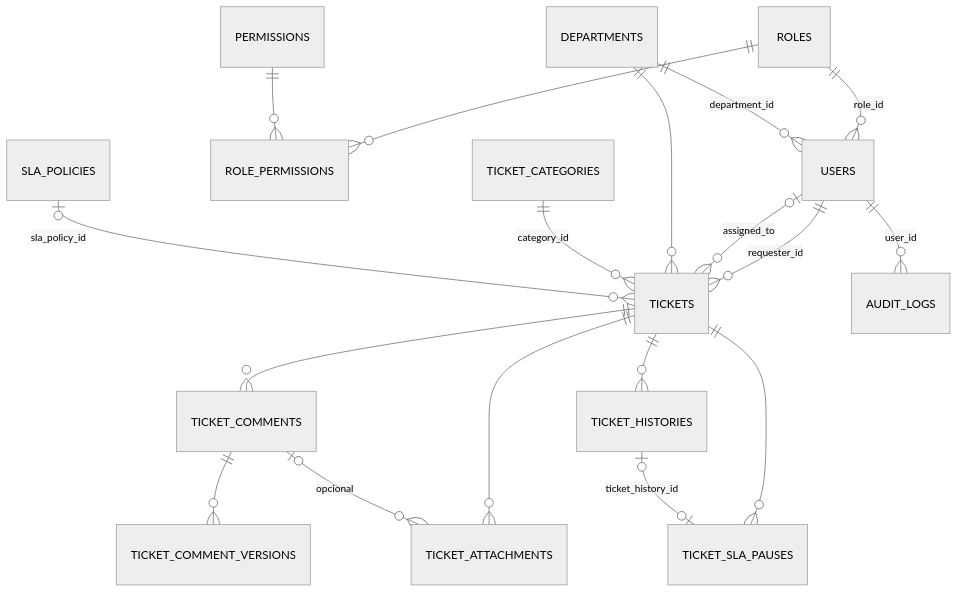
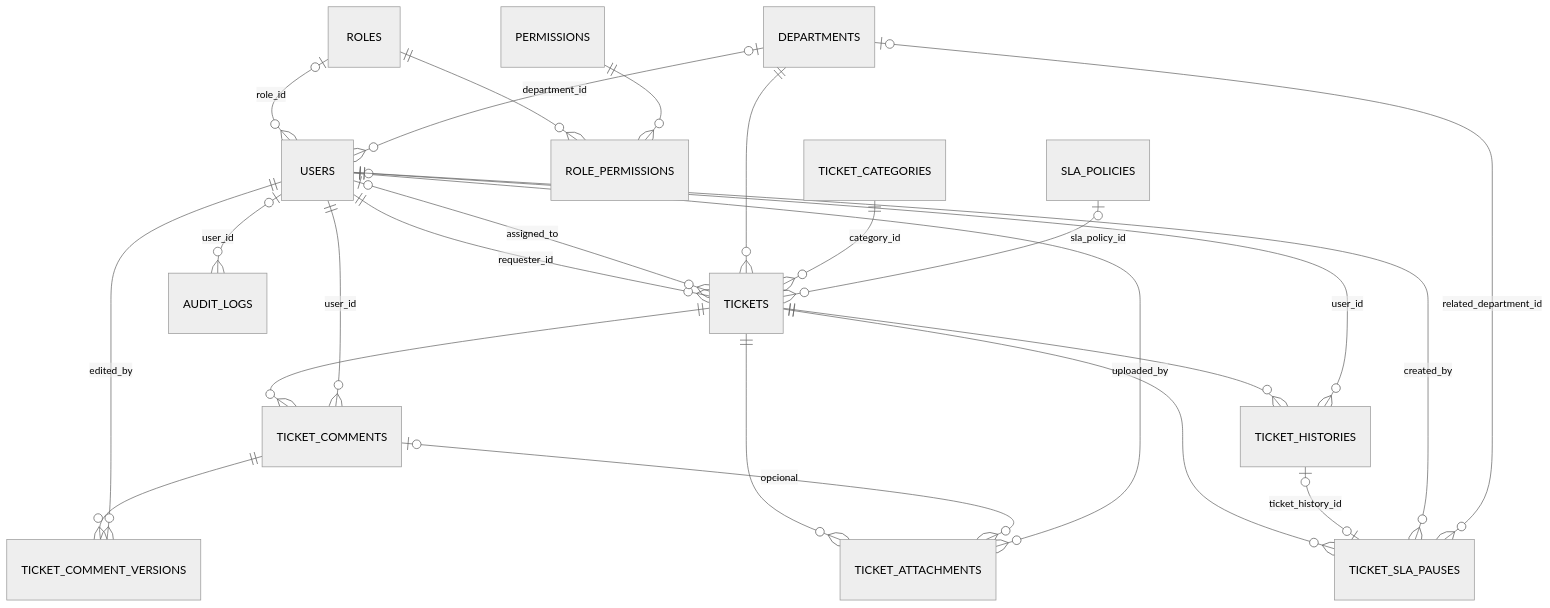
One commit to JoaoPauloSCosta/helpdeskpro changed the diagram in documentacao/06-banco-de-dados.md. Above: the diagram before and after it, drawn with Mermaid (neutral theme). The commit also changed other lines of this file and 11 other files, not shown here.

Commit message:
feat: add comprehensive system documentation and architecture guide

````diff
--- a/documentacao/06-banco-de-dados.md
+++ b/documentacao/06-banco-de-dados.md
@@ -9,20 +9,26 @@
 ```mermaid
 erDiagram
-    ROLES ||--o{ USERS : "role_id"
-    DEPARTMENTS ||--o{ USERS : "department_id"
+    ROLES |o--o{ USERS : "role_id"
+    DEPARTMENTS |o--o{ USERS : "department_id"
     ROLES ||--o{ ROLE_PERMISSIONS : ""
     PERMISSIONS ||--o{ ROLE_PERMISSIONS : ""
     USERS ||--o{ TICKETS : "requester_id"
     USERS |o--o{ TICKETS : "assigned_to"
     DEPARTMENTS ||--o{ TICKETS : ""
     TICKET_CATEGORIES ||--o{ TICKETS : "category_id"
     SLA_POLICIES |o--o{ TICKETS : "sla_policy_id"
     TICKETS ||--o{ TICKET_COMMENTS : ""
     TICKET_COMMENTS ||--o{ TICKET_COMMENT_VERSIONS : ""
     TICKETS ||--o{ TICKET_ATTACHMENTS : ""
     TICKET_COMMENTS |o--o{ TICKET_ATTACHMENTS : "opcional"
     TICKETS ||--o{ TICKET_HISTORIES : ""
     TICKETS ||--o{ TICKET_SLA_PAUSES : ""
     TICKET_HISTORIES |o--o| TICKET_SLA_PAUSES : "ticket_history_id"
-    USERS ||--o{ AUDIT_LOGS : "user_id"
+    USERS |o--o{ AUDIT_LOGS : "user_id"
+    USERS ||--o{ TICKET_COMMENTS : "user_id"
+    USERS ||--o{ TICKET_COMMENT_VERSIONS : "edited_by"
+    USERS ||--o{ TICKET_ATTACHMENTS : "uploaded_by"
+    USERS |o--o{ TICKET_HISTORIES : "user_id"
+    USERS ||--o{ TICKET_SLA_PAUSES : "created_by"
+    DEPARTMENTS |o--o{ TICKET_SLA_PAUSES : "related_department_id"
 ```
````
